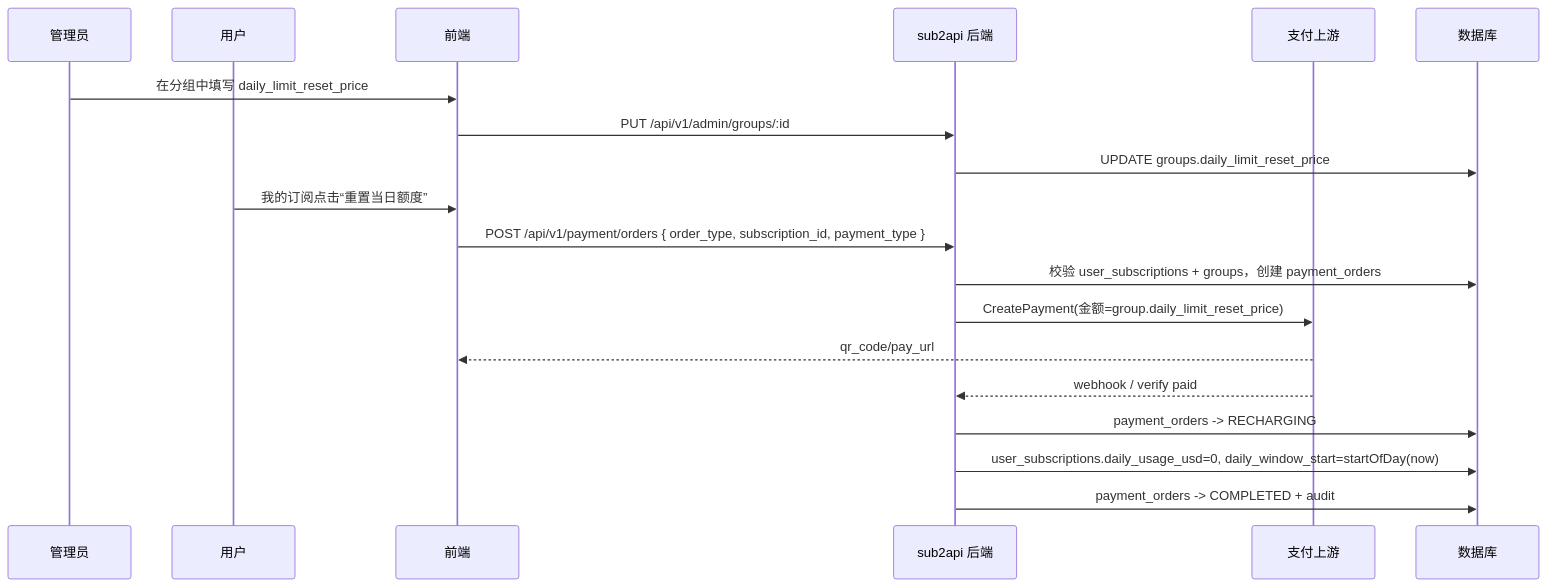
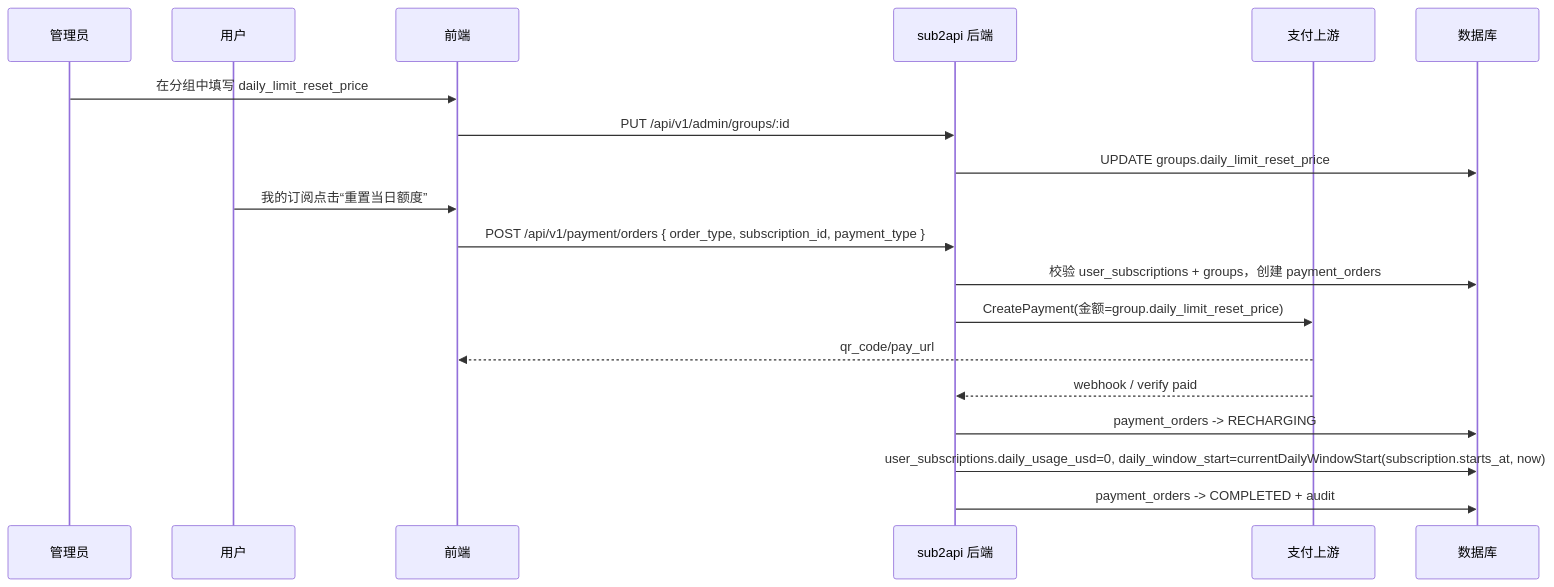
The diagram in easysdd/features/2026-05-09-daily-limit-reset-payment/daily-limit-reset-payment-design.md (songzichen29/sub2api), drawn with Mermaid before and after one commit. The commit also changed other lines of this file and 26 other files, not shown here.

````diff
--- a/easysdd/features/2026-05-09-daily-limit-reset-payment/daily-limit-reset-payment-design.md
+++ b/easysdd/features/2026-05-09-daily-limit-reset-payment/daily-limit-reset-payment-design.md
@@ -82,23 +82,23 @@
 ```mermaid
 sequenceDiagram
     participant Admin as 管理员
     participant User as 用户
     participant FE as 前端
     participant API as sub2api 后端
     participant Pay as 支付上游
     participant DB as 数据库
 
     Admin->>FE: 在分组中填写 daily_limit_reset_price
     FE->>API: PUT /api/v1/admin/groups/:id
     API->>DB: UPDATE groups.daily_limit_reset_price
 
     User->>FE: 我的订阅点击“重置当日额度”
     FE->>API: POST /api/v1/payment/orders { order_type, subscription_id, payment_type }
     API->>DB: 校验 user_subscriptions + groups，创建 payment_orders
     API->>Pay: CreatePayment(金额=group.daily_limit_reset_price)
     Pay-->>FE: qr_code/pay_url
     Pay-->>API: webhook / verify paid
     API->>DB: payment_orders -> RECHARGING
-    API->>DB: user_subscriptions.daily_usage_usd=0, daily_window_start=startOfDay(now)
+    API->>DB: user_subscriptions.daily_usage_usd=0, daily_window_start=currentDailyWindowStart(subscription.starts_at, now)
     API->>DB: payment_orders -> COMPLETED + audit
 ```
````
